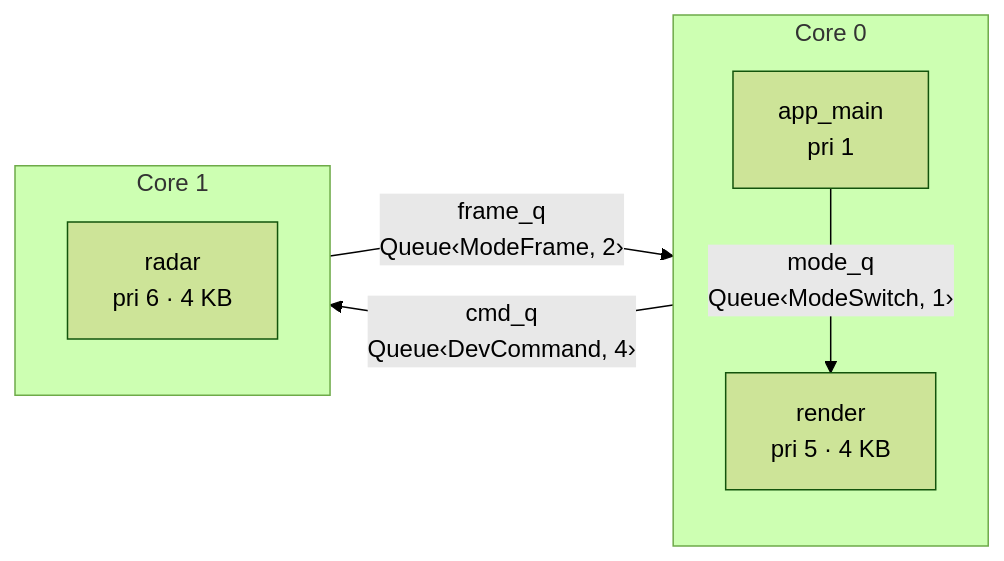
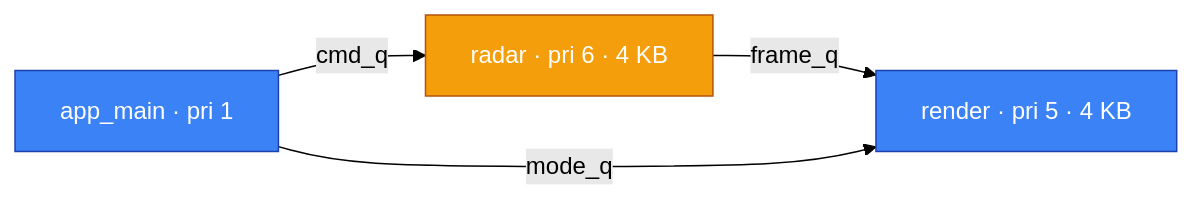
The second of 10 diagrams in docs/software-design.md (IanEngebrecht/EyeN), drawn with Mermaid (forest theme) before and after one commit. The commit also changed other lines of this file, not shown here.

First line of the commit message:
docs: fix architecture and concurrency diagrams

````diff
--- a/docs/software-design.md
+++ b/docs/software-design.md
@@ -50,17 +49,13 @@
 ```mermaid
 graph LR
-    subgraph CORE0["Core 0"]
-        direction TB
-        RENDER["render\npri 5 · 4 KB"]
-        CTRL["app_main\npri 1"]
-    end
+    CTRL["app_main · pri 1"]:::core0
+    RENDER["render · pri 5 · 4 KB"]:::core0
+    RADAR["radar · pri 6 · 4 KB"]:::core1
 
-    subgraph CORE1["Core 1"]
-        direction TB
-        RADAR["radar\npri 6 · 4 KB"]
-    end
+    RADAR -->|frame_q| RENDER
+    CTRL -->|cmd_q| RADAR
+    CTRL -->|mode_q| RENDER
 
-    RADAR -- "frame_q\nQueue‹ModeFrame, 2›" --> RENDER
-    CTRL -- "cmd_q\nQueue‹DevCommand, 4›" --> RADAR
-    CTRL -- "mode_q\nQueue‹ModeSwitch, 1›" --> RENDER
+    classDef core0 fill:#3b82f6,stroke:#1e40af,color:#fff
+    classDef core1 fill:#f59e0b,stroke:#b45309,color:#fff
 ```
````
